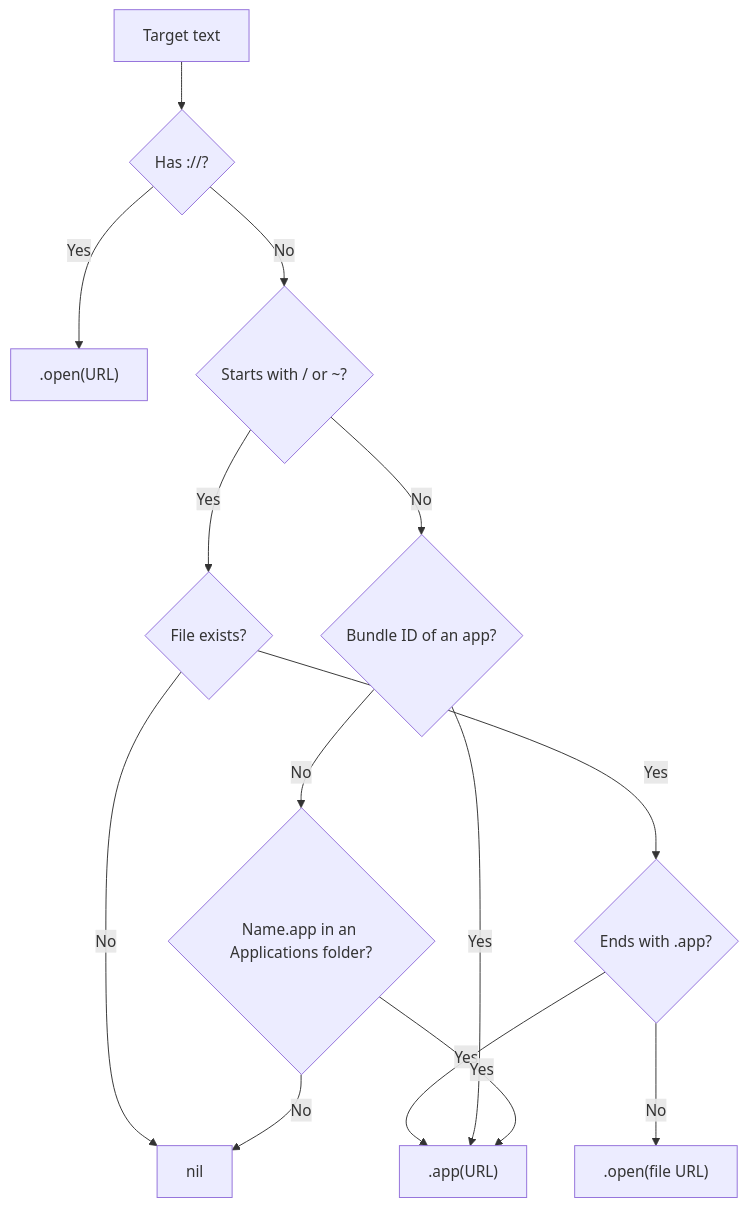
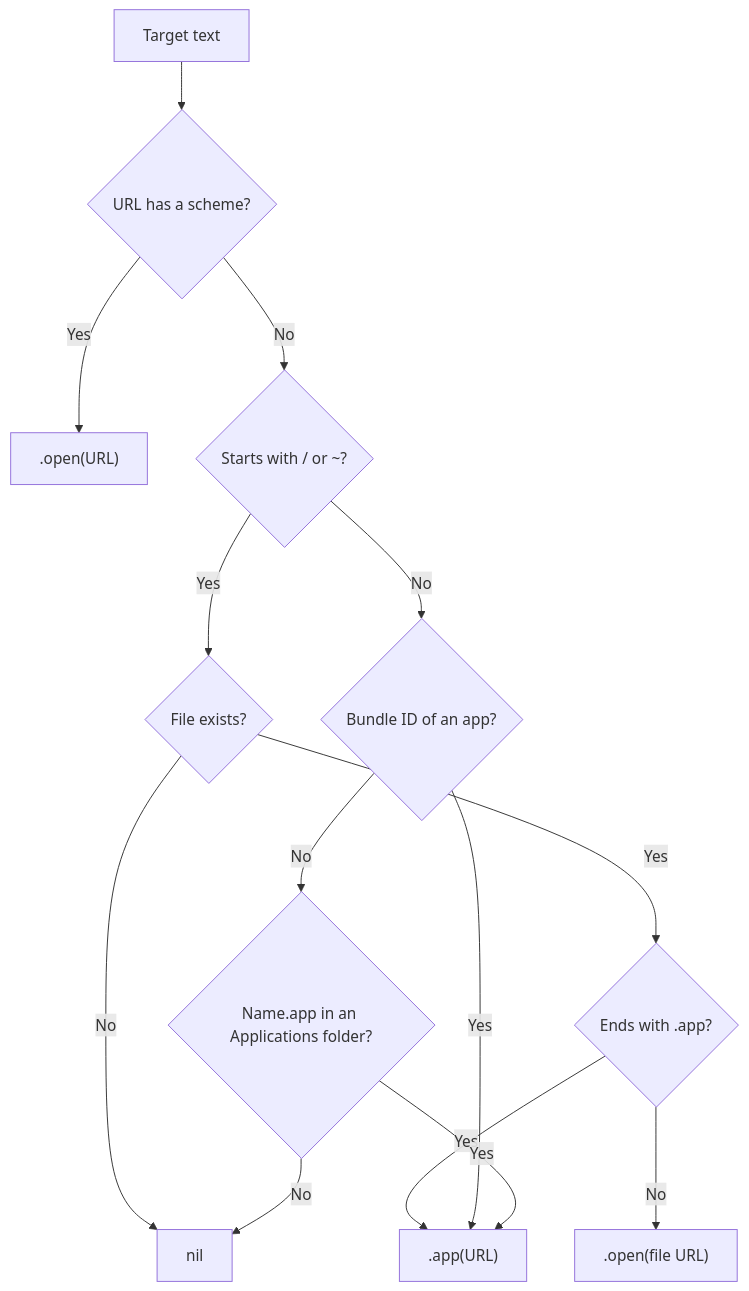
Diagram 16 of 16 in docs/internals/window-session.md (ganya002/CatWM), drawn with Mermaid before and after one commit. The commit also changed other lines of this file and 2 other files, not shown here.

Commit message:
fix(launch): accept URLs without double slashes

````diff
--- a/docs/internals/window-session.md
+++ b/docs/internals/window-session.md
@@ -424,16 +426,16 @@
 ```mermaid
 flowchart TD
-    T["Target text"] --> U{"Has ://?"}
+    T["Target text"] --> U{"URL has a scheme?"}
     U -- Yes --> OpenURL[".open(URL)"]
     U -- No --> P{"Starts with / or ~?"}
     P -- Yes --> E{"File exists?"}
     E -- No --> Nil["nil"]
     E -- Yes --> AppExt{"Ends with .app?"}
     AppExt -- Yes --> App[".app(URL)"]
     AppExt -- No --> OpenFile[".open(file URL)"]
     P -- No --> B{"Bundle ID of an app?"}
     B -- Yes --> App
     B -- No --> N{"Name.app in an Applications folder?"}
     N -- Yes --> App
     N -- No --> Nil
 ```
````
